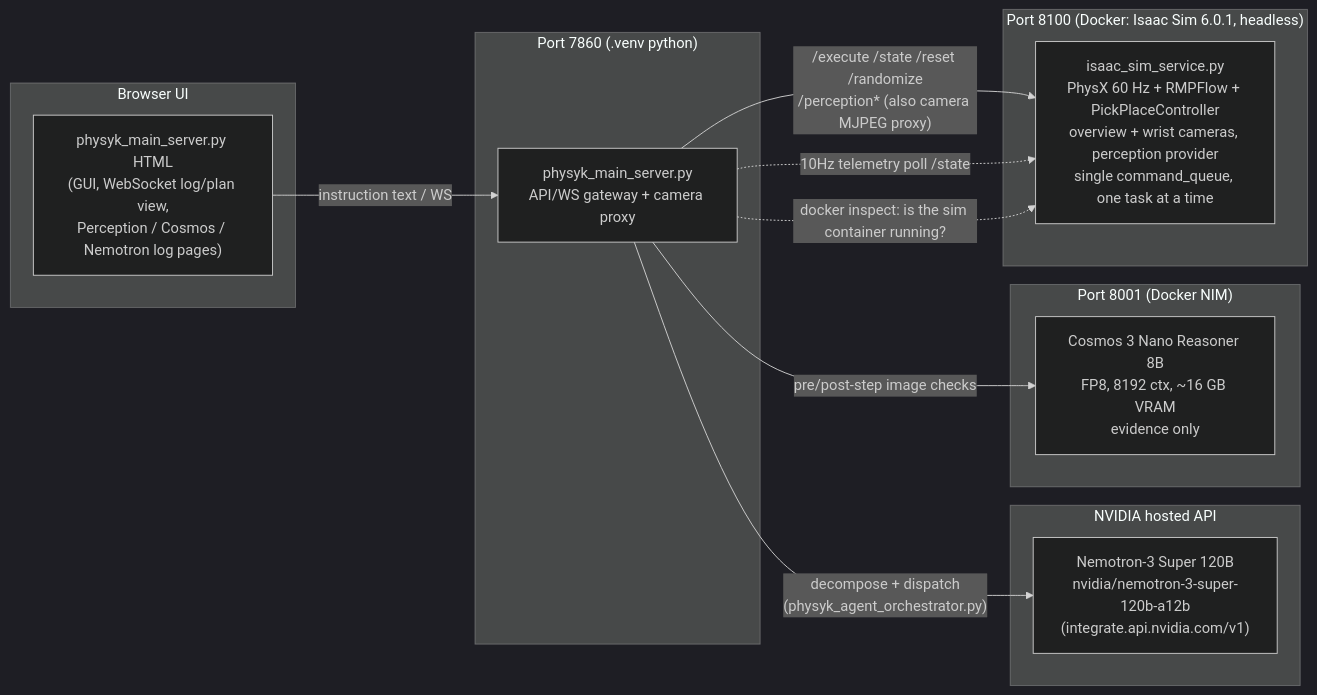
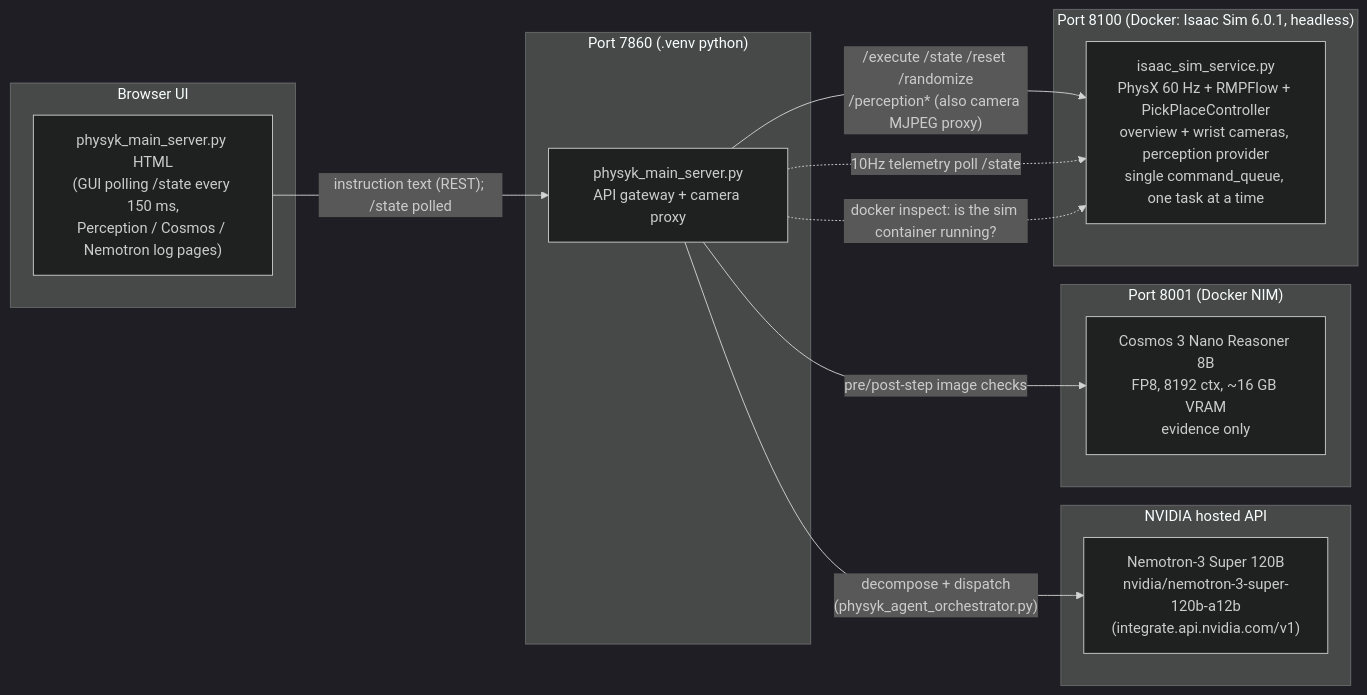
The first of 4 diagrams in ARCHITECTURE.md (Devv-262/Physyk_AI), drawn with Mermaid (dark theme) before and after one commit. The commit also changed other lines of this file and 6 other files, not shown here.

Commit message:
Docs: add HISTORY.md, correct the GUI transport (polling, not WebSocket), update layout and perception notes

````diff
--- a/ARCHITECTURE.md
+++ b/ARCHITECTURE.md
@@ -29,29 +29,29 @@
 ```mermaid
 flowchart LR
     subgraph Browser["Browser UI"]
-        UI["physyk_main_server.py HTML\n(GUI, WebSocket log/plan view,\nPerception / Cosmos / Nemotron log pages)"]
+        UI["physyk_main_server.py HTML\n(GUI polling /state every 150 ms,\nPerception / Cosmos / Nemotron log pages)"]
     end
 
     subgraph Bridge["Port 7860 (.venv python)"]
-        MAIN["physyk_main_server.py\nAPI/WS gateway + camera proxy"]
+        MAIN["physyk_main_server.py\nAPI gateway + camera proxy"]
     end
 
     subgraph Cognitive["NVIDIA hosted API"]
         NEMO["Nemotron-3 Super 120B\nnvidia/nemotron-3-super-120b-a12b\n(integrate.api.nvidia.com/v1)"]
     end
 
     subgraph Vision["Port 8001 (Docker NIM)"]
         COSMOS["Cosmos 3 Nano Reasoner 8B\nFP8, 8192 ctx, ~16 GB VRAM\nevidence only"]
     end
 
     subgraph Physics["Port 8100 (Docker: Isaac Sim 6.0.1, headless)"]
         SIM["isaac_sim_service.py\nPhysX 60 Hz + RMPFlow + PickPlaceController\noverview + wrist cameras, perception provider\nsingle command_queue, one task at a time"]
     end
 
-    UI -- "instruction text / WS" --> MAIN
+    UI -- "instruction text (REST); /state polled" --> MAIN
     MAIN -- "decompose + dispatch\n(physyk_agent_orchestrator.py)" --> NEMO
     MAIN -- "/execute /state /reset /randomize\n/perception* (also camera MJPEG proxy)" --> SIM
     MAIN -- "pre/post-step image checks" --> COSMOS
     MAIN -. "10Hz telemetry poll /state" .-> SIM
     MAIN -. "docker inspect: is the sim container running?" .-> SIM
 ```
````
